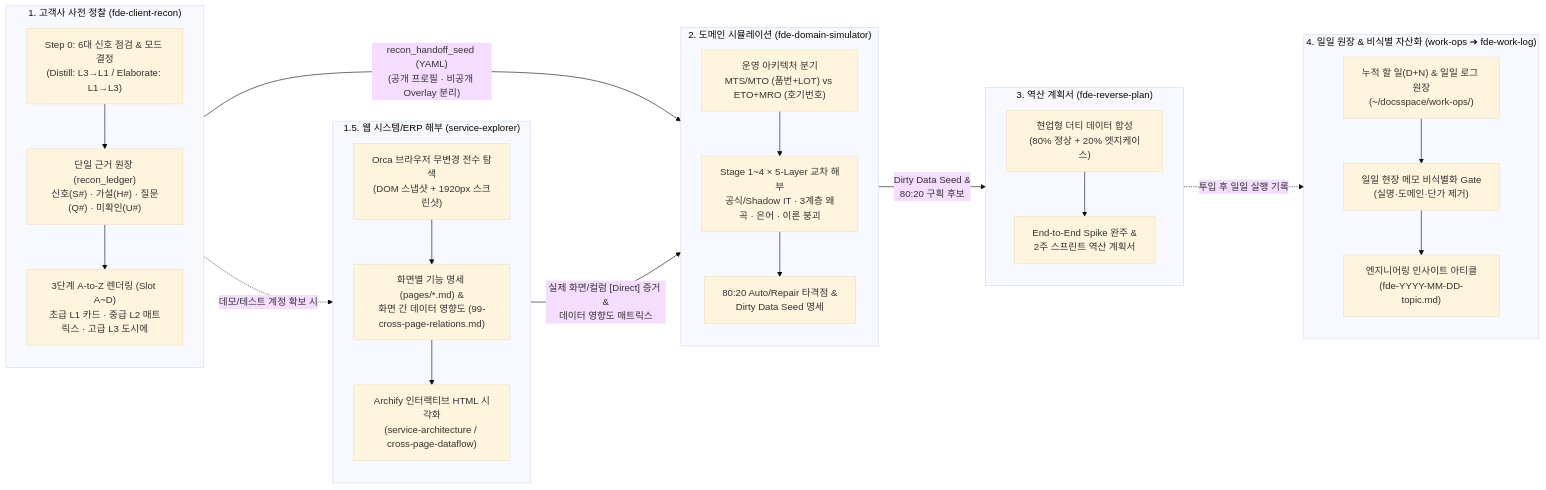
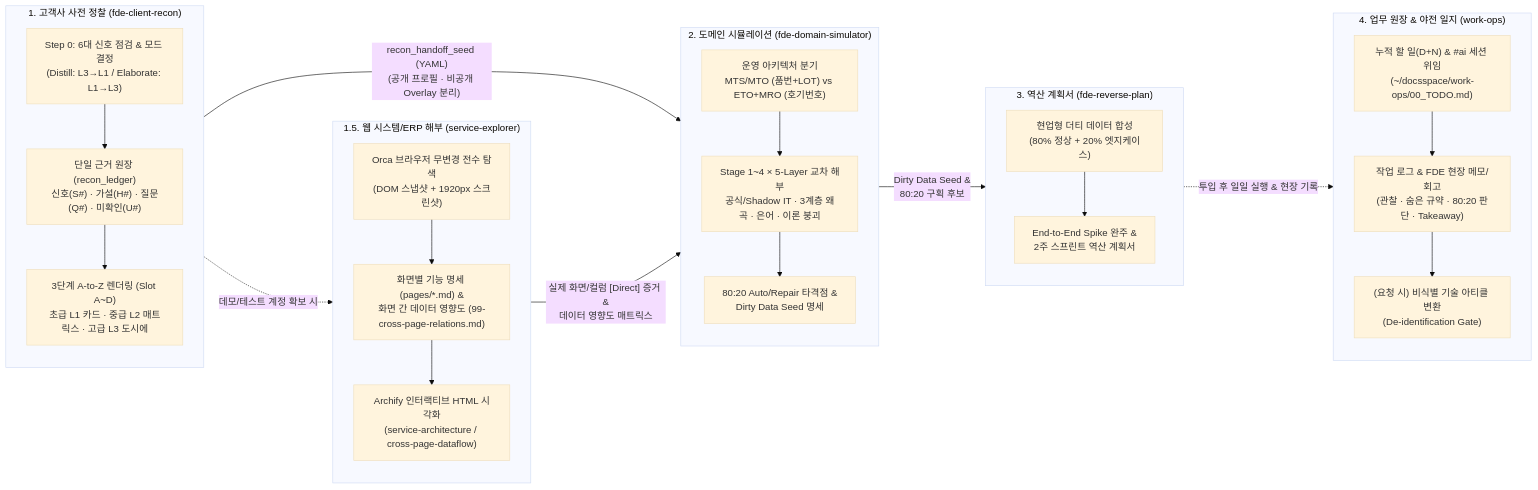
Before and after one commit to Dae-Jeong/fde-skills: the diagram in README.md, drawn with Mermaid (base theme). The commit also changed other lines of this file and 5 other files, not shown here.

Commit message:
refactor: merge fde-work-log into work-ops and finalize 6-skill architecture with 2-tier docsspace index

````diff
--- a/README.md
+++ b/README.md
@@ -24,47 +23,47 @@
 ```mermaid
 flowchart LR
   subgraph S1["1. 고객사 사전 정찰 (fde-client-recon)"]
     direction TB
     R0["Step 0: 6대 신호 점검 & 모드 결정<br/>(Distill: L3→L1 / Elaborate: L1→L3)"]
     R1["단일 근거 원장 (recon_ledger)<br/>신호(S#) · 가설(H#) · 질문(Q#) · 미확인(U#)"]
     R2["3단계 A-to-Z 렌더링 (Slot A~D)<br/>초급 L1 카드 · 중급 L2 매트릭스 · 고급 L3 도시에"]
     R0 --> R1 --> R2
   end
 
   subgraph S1_5["1.5. 웹 시스템/ERP 해부 (service-explorer)"]
     direction TB
     E1["Orca 브라우저 무변경 전수 탐색<br/>(DOM 스냅샷 + 1920px 스크린샷)"]
     E2["화면별 기능 명세 (pages/*.md) &<br/>화면 간 데이터 영향도 (99-cross-page-relations.md)"]
     E3["Archify 인터랙티브 HTML 시각화<br/>(service-architecture / cross-page-dataflow)"]
     E1 --> E2 --> E3
   end
 
   subgraph S2["2. 도메인 시뮬레이션 (fde-domain-simulator)"]
     direction TB
     D1["운영 아키텍처 분기<br/>MTS/MTO (품번+LOT) vs ETO+MRO (호기번호)"]
     D2["Stage 1~4 × 5-Layer 교차 해부<br/>공식/Shadow IT · 3계층 왜곡 · 은어 · 이론 붕괴"]
     D3["80:20 Auto/Repair 타격점 &<br/>Dirty Data Seed 명세"]
     D1 --> D2 --> D3
   end
 
   subgraph S3["3. 역산 계획서 (fde-reverse-plan)"]
     direction TB
     P1["현업형 더티 데이터 합성<br/>(80% 정상 + 20% 엣지케이스)"]
     P2["End-to-End Spike 완주 &<br/>2주 스프린트 역산 계획서"]
     P1 --> P2
   end
 
-  subgraph S4["4. 일일 원장 & 비식별 자산화 (work-ops ➔ fde-work-log)"]
+  subgraph S4["4. 업무 원장 & 야전 일지 (work-ops)"]
     direction TB
-    W0["누적 할 일(D+N) & 일일 로그 원장<br/>(~/docsspace/work-ops/)"]
-    W1["일일 현장 메모 비식별화 Gate<br/>(실명·도메인·단가 제거)"]
-    W2["엔지니어링 인사이트 아티클<br/>(fde-YYYY-MM-DD-topic.md)"]
+    W0["누적 할 일(D+N) & #ai 세션 위임<br/>(~/docsspace/work-ops/00_TODO.md)"]
+    W1["작업 로그 & FDE 현장 메모/회고<br/>(관찰 · 숨은 규약 · 80:20 판단 · Takeaway)"]
+    W2["(요청 시) 비식별 기술 아티클 변환<br/>(De-identification Gate)"]
     W0 --> W1 --> W2
   end
 
   S1 -- "recon_handoff_seed (YAML)<br/>(공개 프로필 · 비공개 Overlay 분리)" --> S2
   S1 -. "데모/테스트 계정 확보 시" .-> S1_5
   S1_5 -- "실제 화면/컬럼 [Direct] 증거 &<br/>데이터 영향도 매트릭스" --> S2
   S2 -- "Dirty Data Seed &<br/>80:20 구획 후보" --> S3
-  S3 -. "투입 후 일일 실행 기록" .-> S4
+  S3 -. "투입 후 일일 실행 & 현장 기록" .-> S4
 ```
````
